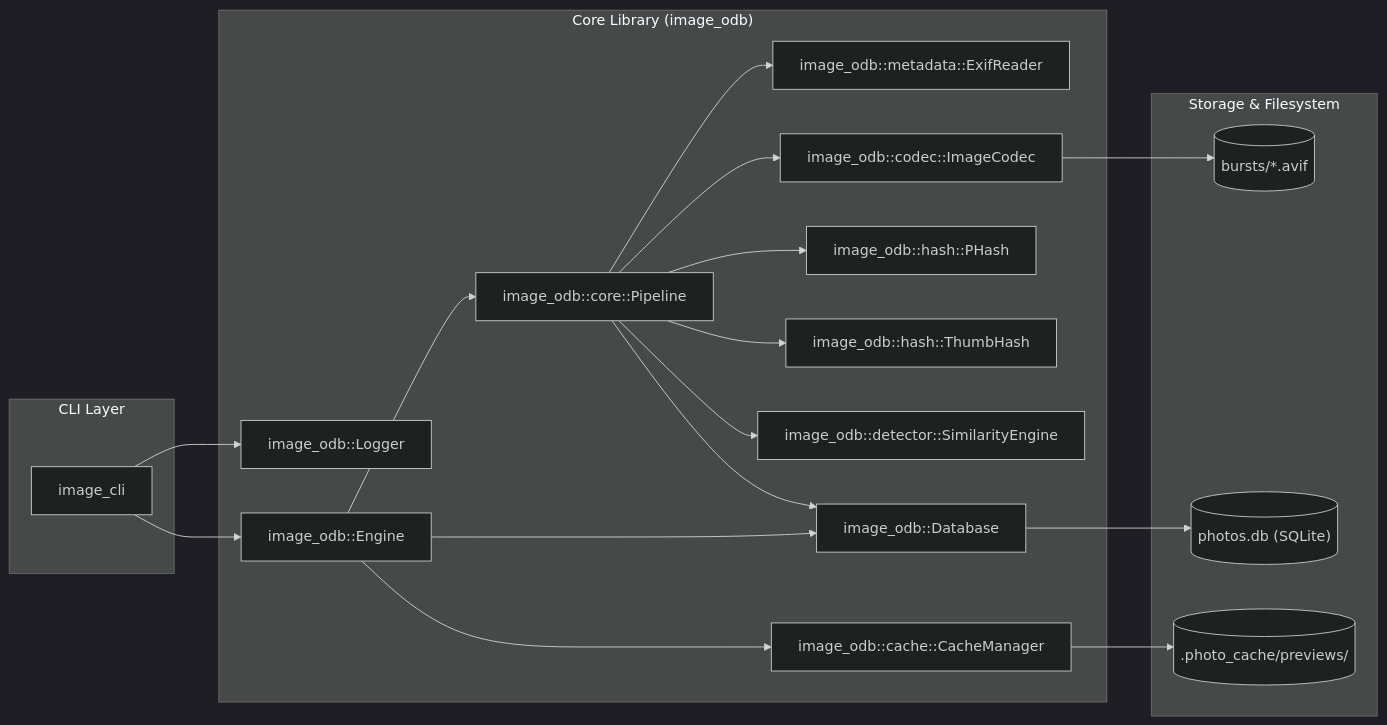
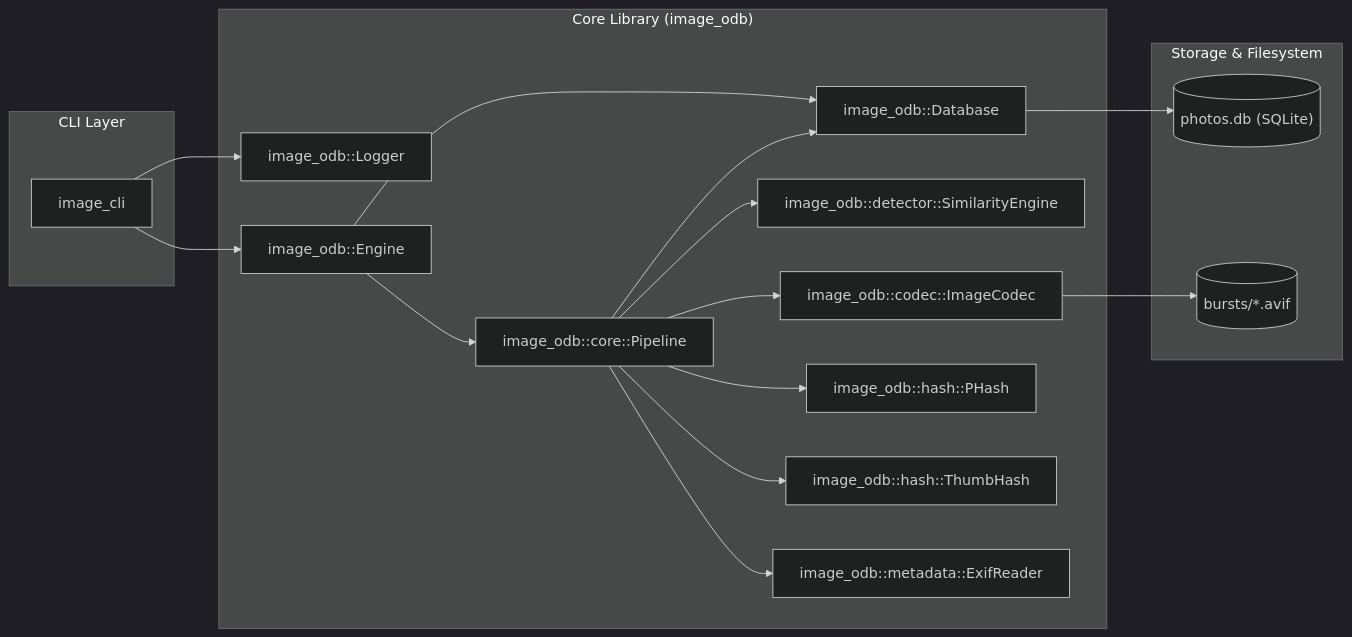
One commit to ByaCherX/image-ODB changed the fourth of 4 diagrams in README.md. Above: the diagram before and after it, drawn with Mermaid (dark theme). The commit also changed other lines of this file and 27 other files, not shown here.

First line of the commit message:
Refactor caching system: remove CacheManager, LRU Cache, and Disk Cache

````diff
--- a/README.md
+++ b/README.md
@@ -241,42 +209,38 @@
 ```mermaid
 graph LR
     subgraph "CLI Layer"
         CLI["image_cli"]
     end
     
     subgraph "Core Library (image_odb)"
         Logger["image_odb::Logger"]
         Engine["image_odb::Engine"]
         Pipeline["image_odb::core::Pipeline"]
         DB["image_odb::Database"]
-        CacheMgr["image_odb::cache::CacheManager"]
         SimEngine["image_odb::detector::SimilarityEngine"]
         Codec["image_odb::codec::ImageCodec"]
         PHash["image_odb::hash::PHash"]
         ThumbHash["image_odb::hash::ThumbHash"]
         Exif["image_odb::metadata::ExifReader"]
     end
     
     subgraph "Storage & Filesystem"
         SQLiteFile[("photos.db (SQLite)")]
-        DiskCacheDir[(".photo_cache/previews/")]
         BurstFiles[("bursts/*.avif")]
     end
     
     CLI --> Logger
     CLI --> Engine
     Engine --> Pipeline
     Engine --> DB
-    Engine --> CacheMgr
     
     Pipeline --> Exif
     Pipeline --> Codec
     Pipeline --> PHash
     Pipeline --> ThumbHash
     Pipeline --> SimEngine
     Pipeline --> DB
     
     DB --> SQLiteFile
-    CacheMgr --> DiskCacheDir
     Codec --> BurstFiles
 ```
````
